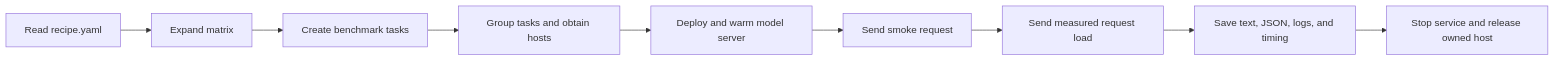
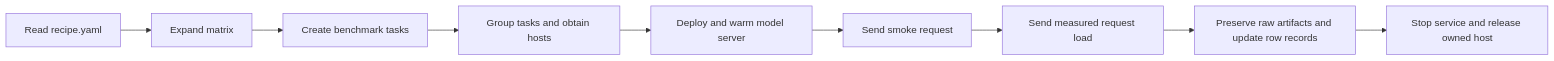
Before and after one commit to cloudrift-ai/emmy: the second of 2 diagrams in docs/docs/course/benchmarking_emmy.mdx, drawn with Mermaid. The commit also changed other lines of this file and 5 other files, not shown here.

````diff
--- a/docs/docs/course/benchmarking_emmy.mdx
+++ b/docs/docs/course/benchmarking_emmy.mdx
@@ -226,11 +228,11 @@
 ```mermaid
 flowchart LR
     YAML[Read recipe.yaml] --> Matrix[Expand matrix]
     Matrix --> Tasks[Create benchmark tasks]
     Tasks --> Hosts[Group tasks and obtain hosts]
     Hosts --> Server[Deploy and warm model server]
     Server --> Smoke[Send smoke request]
     Smoke --> Workload[Send measured request load]
-    Workload --> Save[Save text, JSON, logs, and timing]
+    Workload --> Save[Preserve raw artifacts and update row records]
     Save --> Teardown[Stop service and release owned host]
 ```
````
